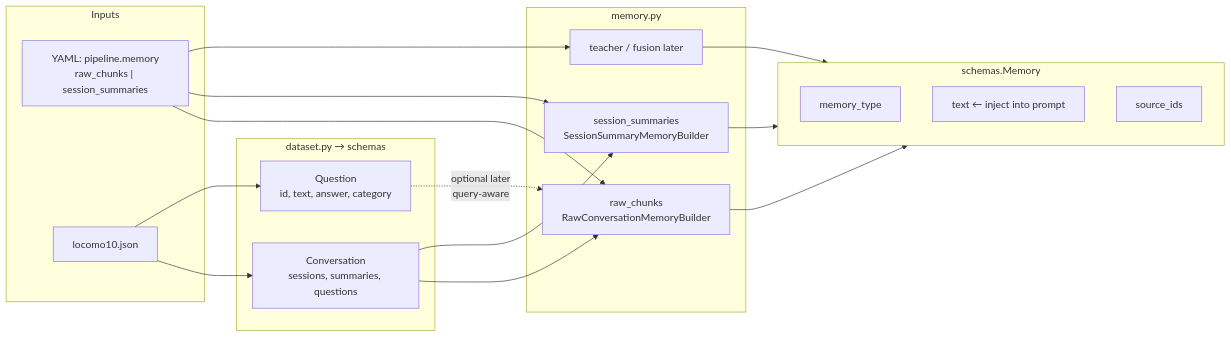
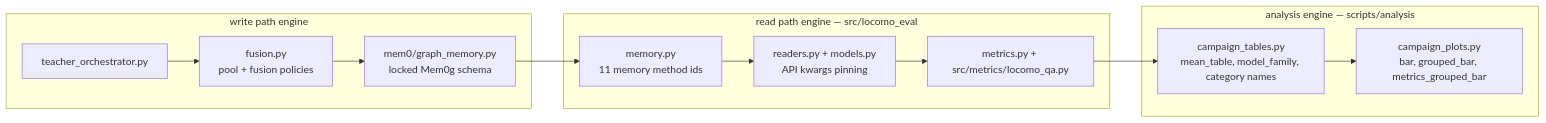
Before and after one commit to park-jsdev/long-term-memory-eval: the third of 12 diagrams in README.md, drawn with Mermaid. The commit also changed other lines of this file and 127 other files, not shown here.

Commit message:
documentation, experimentation architecture, model family comparison configs, analysis

````diff
--- a/README.md
+++ b/README.md
@@ -72,36 +168,23 @@
 ```mermaid
 flowchart LR
-  subgraph Inputs
-    CFG["YAML: pipeline.memory\nraw_chunks | session_summaries"]
-    JSON["locomo10.json"]
+  subgraph Read["read path engine — src/locomo_eval"]
+    MEM["memory.py<br/>11 memory method ids"]
+    RD["readers.py + models.py<br/>API kwargs pinning"]
+    SC["metrics.py + src/metrics/locomo_qa.py"]
   end
 
-  subgraph Parse["dataset.py → schemas"]
-    CONV["Conversation\nsessions, summaries, questions"]
-    Q["Question\nid, text, answer, category"]
+  subgraph Write["write path engine"]
+    TO["teacher_orchestrator.py"]
+    FU["fusion.py<br/>pool + fusion policies"]
+    GM["mem0/graph_memory.py<br/>locked Mem0g schema"]
   end
 
-  subgraph Builders["memory.py"]
-    Raw["raw_chunks\nRawConversationMemoryBuilder"]
-    Summ["session_summaries\nSessionSummaryMemoryBuilder"]
-    Later["teacher / fusion later"]
+  subgraph Analyse["analysis engine — scripts/analysis"]
+    CT["campaign_tables.py<br/>mean_table, model_family, category names"]
+    CP["campaign_plots.py<br/>bar, grouped_bar, metrics_grouped_bar"]
   end
 
-  subgraph OutMem["schemas.Memory"]
-    MT["memory_type"]
-    TXT["text  ← inject into prompt"]
-    SRC["source_ids"]
-  end
-
-  JSON --> CONV
-  JSON --> Q
-  CFG --> Raw
-  CFG --> Summ
-  CFG --> Later
-  CONV --> Raw
-  CONV --> Summ
-  Q -.->|"optional later\nquery-aware"| Raw
-  Raw --> OutMem
-  Summ --> OutMem
-  Later --> OutMem
+  TO --> FU --> GM --> MEM
+  MEM --> RD --> SC
+  SC --> CT --> CP
 ```
````
